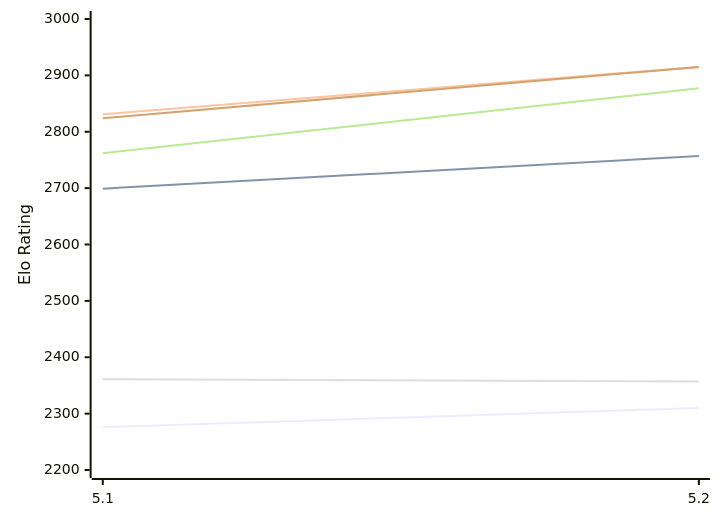
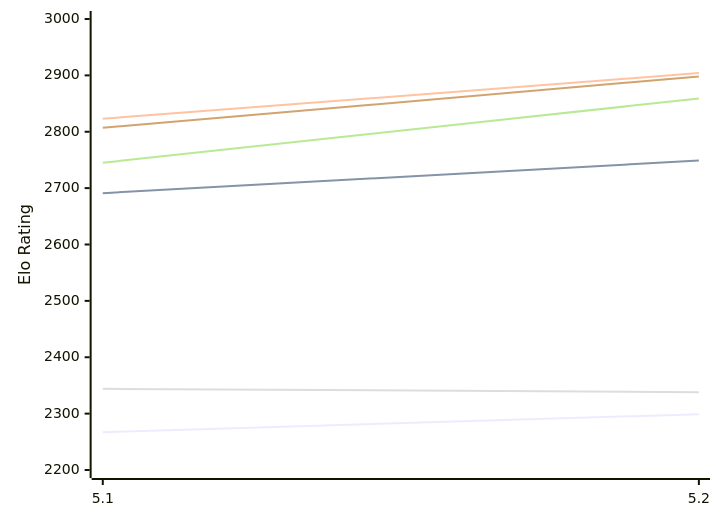
Before and after one commit to computer-chess-index/cci: the first of 2 diagrams in engines/Dorky.md, drawn with Mermaid. The commit also changed other lines of this file, not shown here.

Commit message:
Update CCI Ratings (ELO VLTC) - 2026-11-02

````diff
--- a/engines/Dorky.md
+++ b/engines/Dorky.md
@@ -50,12 +50,12 @@
 ```mermaid
 %%{init: {"theme":"base","themeVariables":{"seriesColors:['#a3a3a3','#222221','#faa371']}}}%%
 xychart-beta
   x-axis ["5.1", "5.2"]
   y-axis "Elo Rating" 2200 --> 3000
-  line "E1: STC (8.0+0.08s)" [2276, 2310]
-  line "E1: LTC (60.0+0.60s)" [2699, 2757]
-  line "E1: VLTC (2m24s+1.12s)" [2831, 2915]
-  line "P1: STC (8.0+0.08s)" [2361, 2357]
-  line "P1: LTC (60.0+0.60s)" [2762, 2877]
-  line "P1: VLTC (2m24s+1.12s)" [2824, 2915]
+  line "E1: STC (8.0+0.08s)" [2267, 2299]
+  line "E1: LTC (60.0+0.60s)" [2691, 2749]
+  line "E1: VLTC (2m24s+1.12s)" [2823, 2904]
+  line "P1: STC (8.0+0.08s)" [2344, 2338]
+  line "P1: LTC (60.0+0.60s)" [2745, 2859]
+  line "P1: VLTC (2m24s+1.12s)" [2807, 2898]
 ```
````
